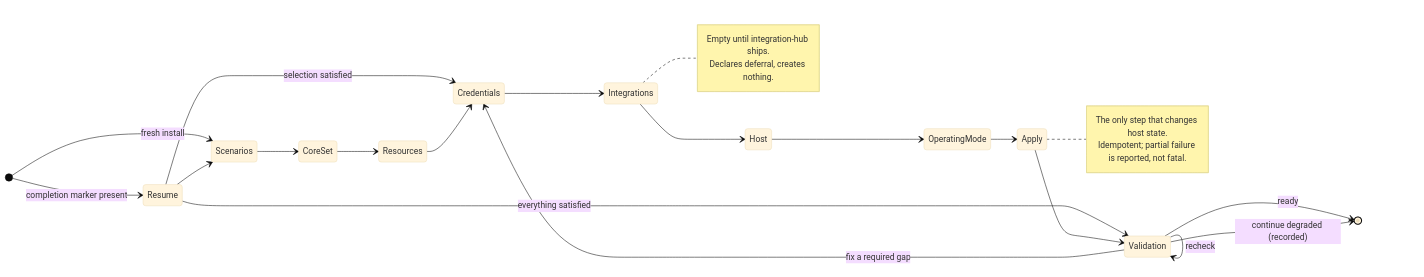
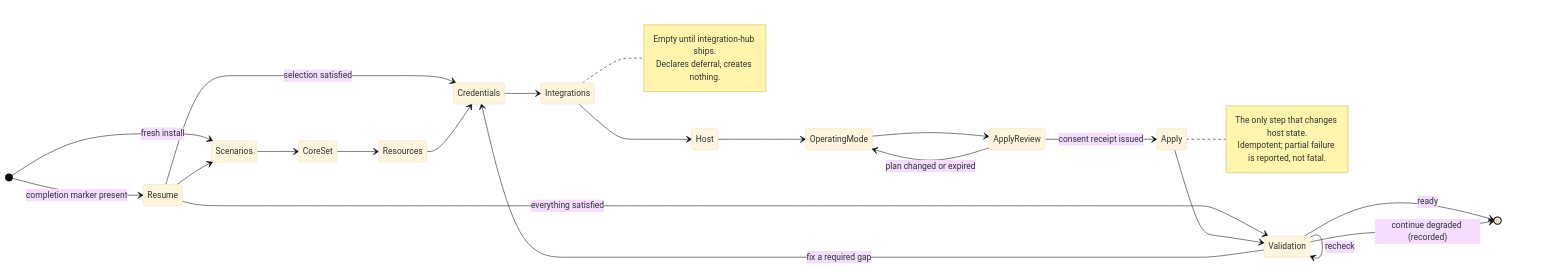
Before and after one commit to Vrooli/Vrooli: the first of 4 diagrams in scenarios/vrooli-onboarding/docs/WIZARD_FLOW.md, drawn with Mermaid (base theme). The commit also changed other lines of this file and 343 other files, not shown here.

````diff
--- a/scenarios/vrooli-onboarding/docs/WIZARD_FLOW.md
+++ b/scenarios/vrooli-onboarding/docs/WIZARD_FLOW.md
@@ -53,32 +53,34 @@
 ```mermaid
 stateDiagram-v2
   direction LR
   [*] --> Scenarios: fresh install
   [*] --> Resume: completion marker present
 
   Resume --> Scenarios
   Resume --> Credentials: selection satisfied
   Resume --> Validation: everything satisfied
 
   Scenarios --> CoreSet
   CoreSet --> Resources
   Resources --> Credentials
   Credentials --> Integrations
   Integrations --> Host
   Host --> OperatingMode
-  OperatingMode --> Apply
+  OperatingMode --> ApplyReview
+  ApplyReview --> Apply: consent receipt issued
+  ApplyReview --> OperatingMode: plan changed or expired
   Apply --> Validation
   Validation --> [*]: ready
   Validation --> Validation: recheck
   Validation --> [*]: continue degraded (recorded)
   Validation --> Credentials: fix a required gap
 
   note right of Integrations
     Empty until integration-hub ships.
     Declares deferral, creates nothing.
   end note
   note right of Apply
     The only step that changes host state.
     Idempotent; partial failure is reported, not fatal.
   end note
 ```
````
